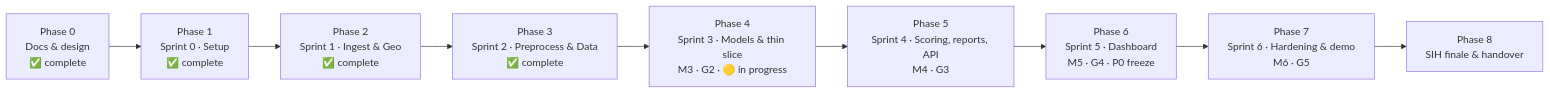
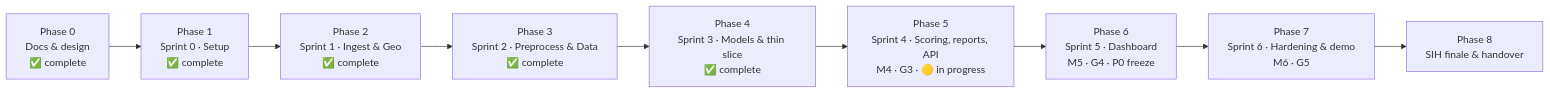
Before and after one commit to Kalyan14s/sonarsentinel: the diagram in TODO.md, drawn with Mermaid. The commit also changed other lines of this file, not shown here.

First line of the commit message:
docs(todo): close Phase 4, carry 20 open items to Phase 5

````diff
--- a/TODO.md
+++ b/TODO.md
@@ -18,11 +18,11 @@
 ```mermaid
 flowchart LR
     P0["Phase 0<br/>Docs & design<br/>✅ complete"] --> P1["Phase 1<br/>Sprint 0 · Setup<br/>✅ complete"]
     P1 --> P2["Phase 2<br/>Sprint 1 · Ingest & Geo<br/>✅ complete"]
     P2 --> P3["Phase 3<br/>Sprint 2 · Preprocess & Data<br/>✅ complete"]
-    P3 --> P4["Phase 4<br/>Sprint 3 · Models & thin slice<br/>M3 · G2 · 🟡 in progress"]
-    P4 --> P5["Phase 5<br/>Sprint 4 · Scoring, reports, API<br/>M4 · G3"]
+    P3 --> P4["Phase 4<br/>Sprint 3 · Models & thin slice<br/>✅ complete"]
+    P4 --> P5["Phase 5<br/>Sprint 4 · Scoring, reports, API<br/>M4 · G3 · 🟡 in progress"]
     P5 --> P6["Phase 6<br/>Sprint 5 · Dashboard<br/>M5 · G4 · P0 freeze"]
     P6 --> P7["Phase 7<br/>Sprint 6 · Hardening & demo<br/>M6 · G5"]
     P7 --> P8["Phase 8<br/>SIH finale & handover"]
 ```
````
